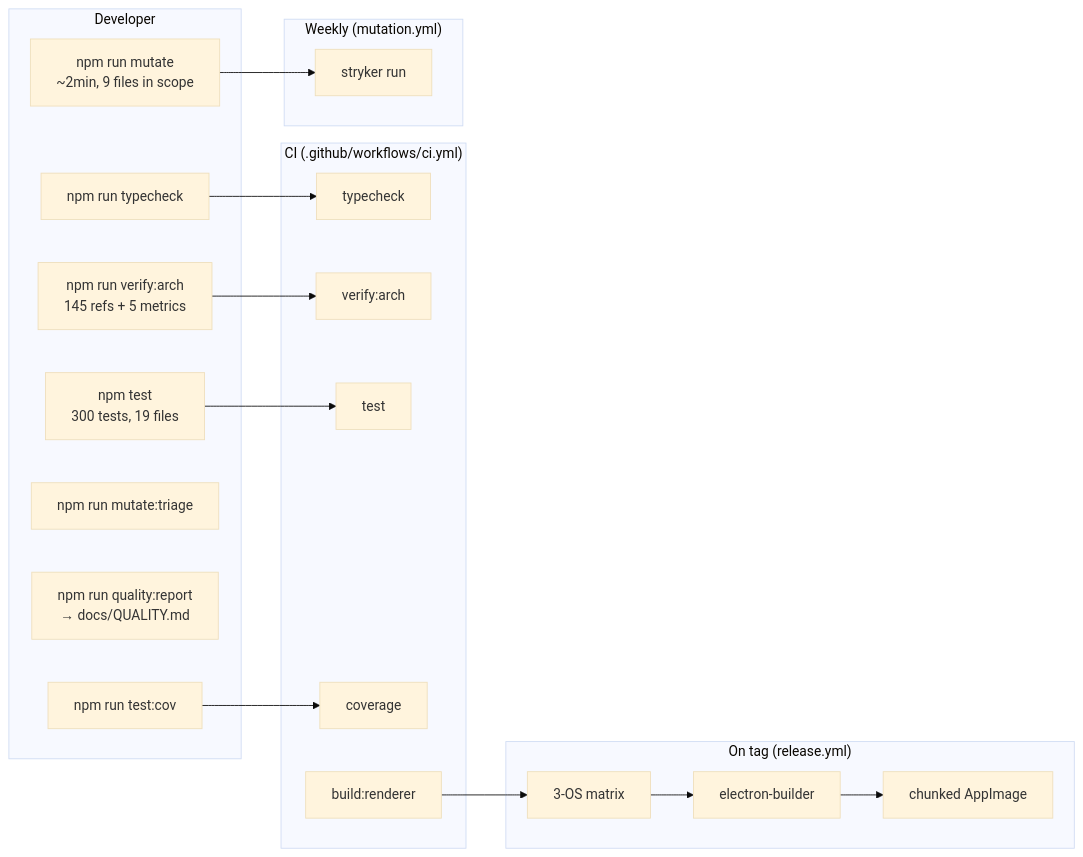
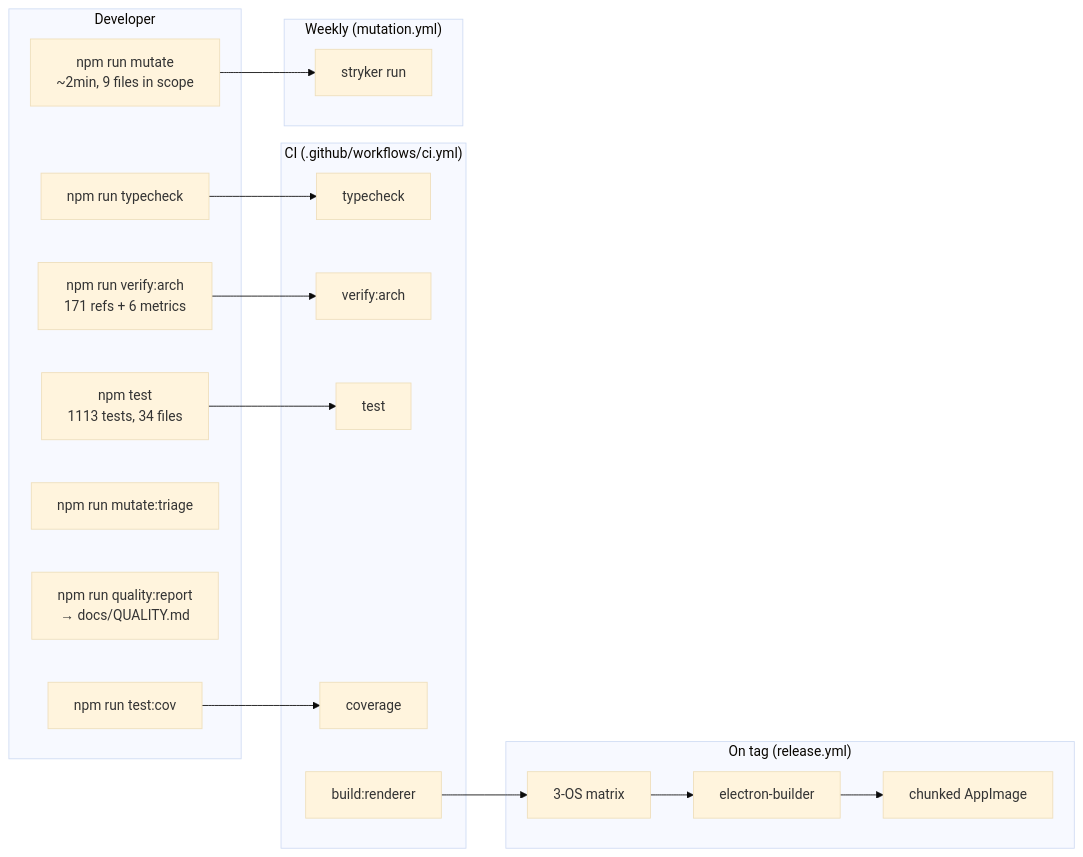
The tenth of 14 diagrams in docs/ARCHITECTURE.md (hiroto1977/-), drawn with Mermaid (base theme) before and after one commit. The commit also changed other lines of this file and 3 other files, not shown here.

````diff
--- a/docs/ARCHITECTURE.md
+++ b/docs/ARCHITECTURE.md
@@ -630,33 +631,33 @@
 ```mermaid
 graph LR
   subgraph "Developer"
     D1[npm run typecheck]
-    D2[npm test<br/>300 tests, 19 files]
+    D2[npm test<br/>1113 tests, 34 files]
     D3[npm run test:cov]
     D4[npm run mutate<br/>~2min, 9 files in scope]
     D5[npm run mutate:triage]
     D6[npm run quality:report<br/>→ docs/QUALITY.md]
-    D7[npm run verify:arch<br/>145 refs + 5 metrics]
+    D7[npm run verify:arch<br/>171 refs + 6 metrics]
   end
   subgraph "CI (.github/workflows/ci.yml)"
     C1[typecheck]
     C2[verify:arch]
     C3[test]
     C4[coverage]
     C5[build:renderer]
   end
   subgraph "Weekly (mutation.yml)"
     M1[stryker run]
   end
   subgraph "On tag (release.yml)"
     R1[3-OS matrix]
     R2[electron-builder]
     R3[chunked AppImage]
   end
   D1 --> C1
   D7 --> C2
   D2 --> C3
   D3 --> C4
   D4 --> M1
   C5 --> R1 --> R2 --> R3
 ```
````
